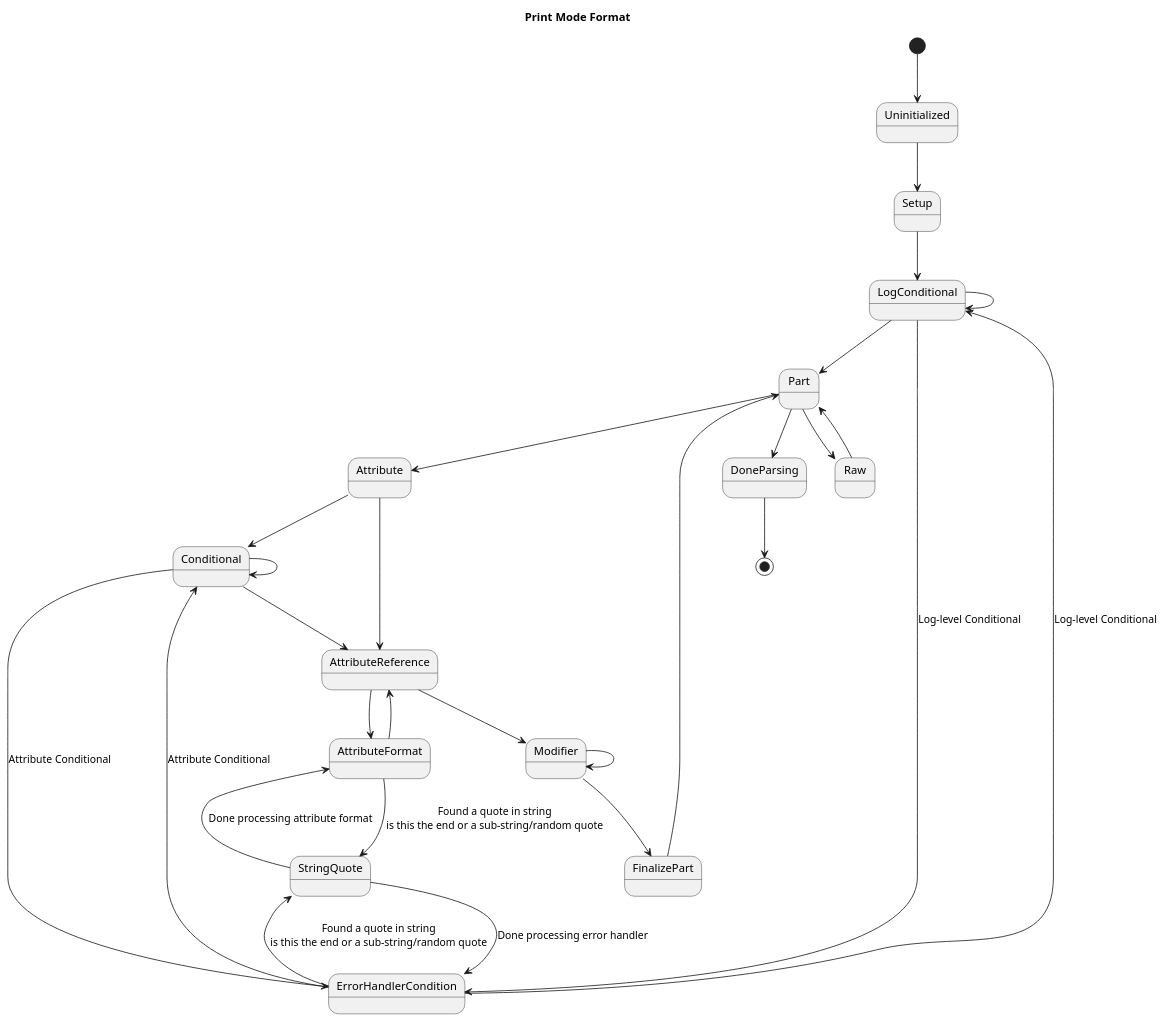
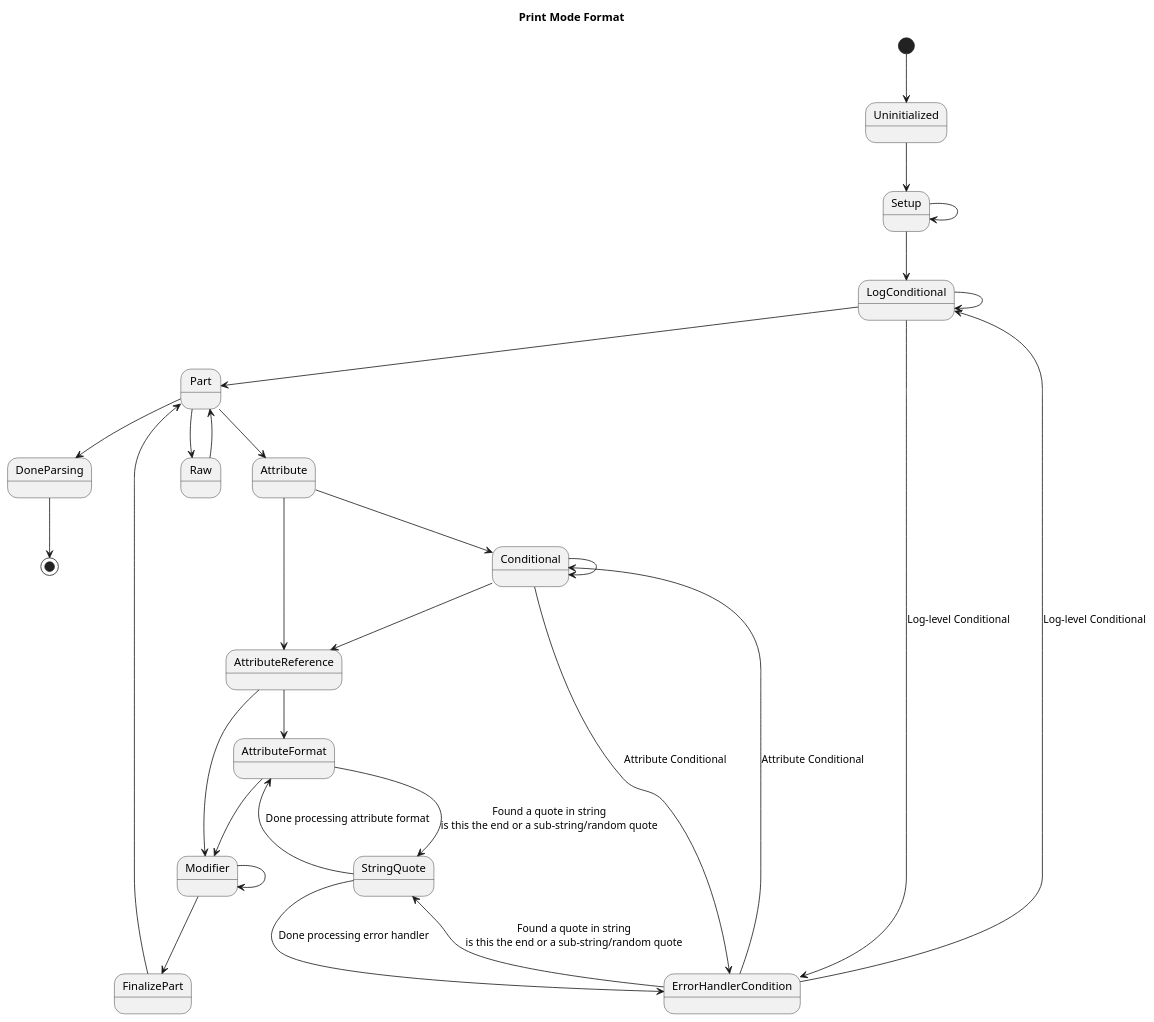
Before and after one commit to rcmaniac25/stethoscope: the diagram in Docs/PrintModeParserStates.puml, drawn with PlantUML. The commit also changed 4 other files, not shown here.

```diff
--- a/Docs/PrintModeParserStates.puml
+++ b/Docs/PrintModeParserStates.puml
@@ -1,47 +1,51 @@
 @startuml
 
 title Print Mode Format
 
 [*] --> Uninitialized
 Uninitialized --> Setup
 
+Setup --> Setup
 Setup --> LogConditional
 
 LogConditional --> LogConditional
-
 LogConditional --> Part
 
+Part --> Raw
+Part --> Attribute
 Part --> DoneParsing
 
-Part --> Raw
 Raw --> Part
-
-Part --> Attribute
 
 Attribute --> Conditional
 Attribute --> AttributeReference
+
 Conditional --> Conditional
 Conditional --> AttributeReference
+
+AttributeReference --> AttributeFormat
 AttributeReference --> Modifier
+
+AttributeFormat --> Modifier
+' is this needed?
+AttributeFormat --> StringQuote : Found a quote in string\nis this the end or a sub-string/random quote
+
 Modifier --> Modifier
 Modifier --> FinalizePart
 
 FinalizePart --> Part
 
-AttributeReference --> AttributeFormat
-AttributeFormat --> AttributeReference
-
-AttributeFormat --> StringQuote : Found a quote in string\nis this the end or a sub-string/random quote
-StringQuote --> AttributeFormat : Done processing attribute format
-
+' TODO
 LogConditional --> ErrorHandlerCondition : Log-level Conditional
 ErrorHandlerCondition --> LogConditional : Log-level Conditional
 Conditional --> ErrorHandlerCondition : Attribute Conditional
 ErrorHandlerCondition --> Conditional : Attribute Conditional
 
 ErrorHandlerCondition --> StringQuote : Found a quote in string\nis this the end or a sub-string/random quote
+
+StringQuote --> AttributeFormat : Done processing attribute format
 StringQuote --> ErrorHandlerCondition : Done processing error handler
 
 DoneParsing --> [*]
 
 @enduml
```
